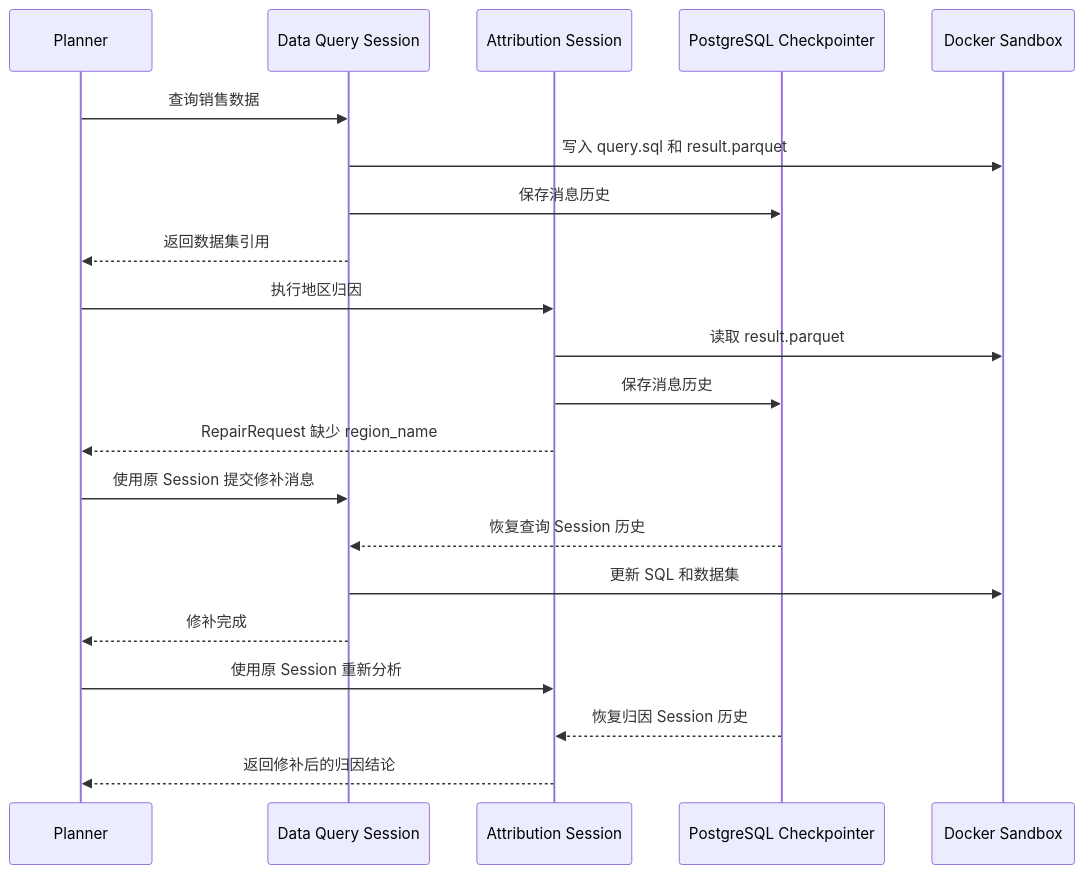
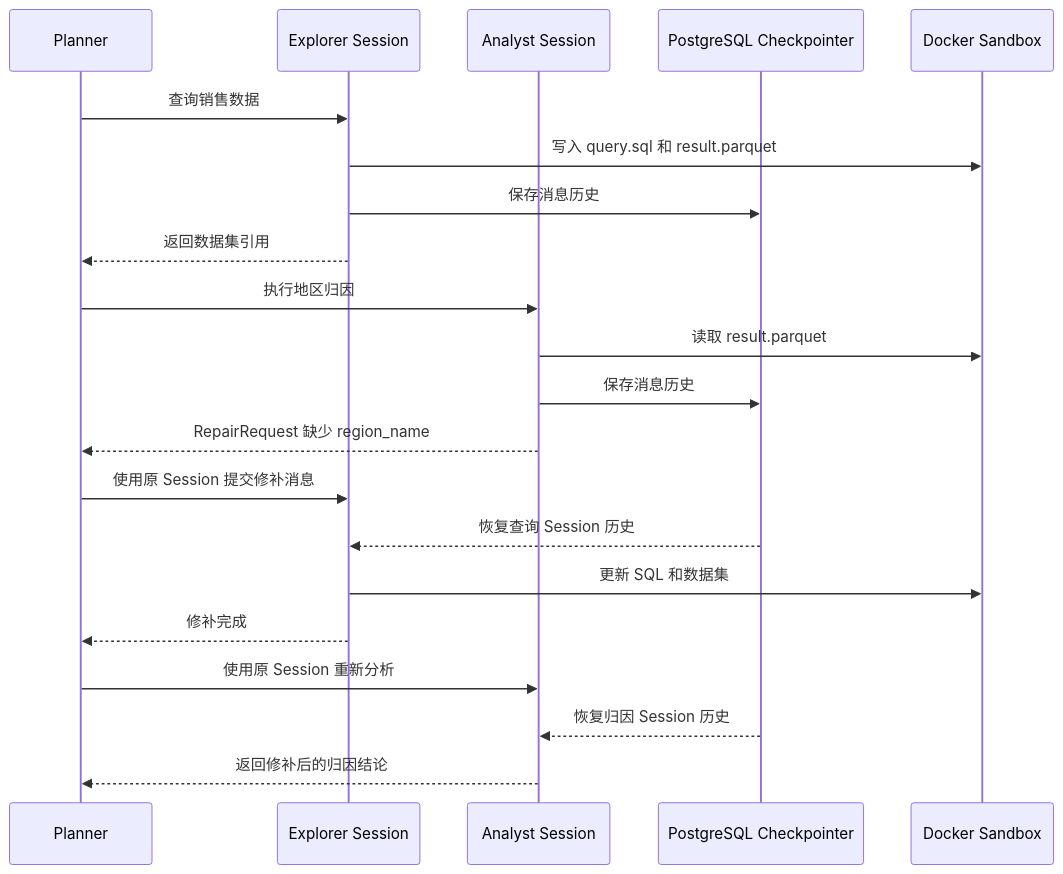
One commit to 2739673455/dataagent changed the second of 2 diagrams in docs/DATA_ANALYSIS_AGENT_DESIGN.md. Above: the diagram before and after it, drawn with Mermaid. The commit also changed other lines of this file and 49 other files, not shown here.

````diff
--- a/docs/DATA_ANALYSIS_AGENT_DESIGN.md
+++ b/docs/DATA_ANALYSIS_AGENT_DESIGN.md
@@ -569,24 +569,24 @@
 ```mermaid
 sequenceDiagram
     participant P as Planner
-    participant Q as Data Query Session
-    participant A as Attribution Session
+    participant Q as Explorer Session
+    participant A as Analyst Session
     participant C as PostgreSQL Checkpointer
     participant S as Docker Sandbox
 
     P->>Q: 查询销售数据
     Q->>S: 写入 query.sql 和 result.parquet
     Q->>C: 保存消息历史
     Q-->>P: 返回数据集引用
     P->>A: 执行地区归因
     A->>S: 读取 result.parquet
     A->>C: 保存消息历史
     A-->>P: RepairRequest 缺少 region_name
     P->>Q: 使用原 Session 提交修补消息
     C-->>Q: 恢复查询 Session 历史
     Q->>S: 更新 SQL 和数据集
     Q-->>P: 修补完成
     P->>A: 使用原 Session 重新分析
     C-->>A: 恢复归因 Session 历史
     A-->>P: 返回修补后的归因结论
 ```
````
